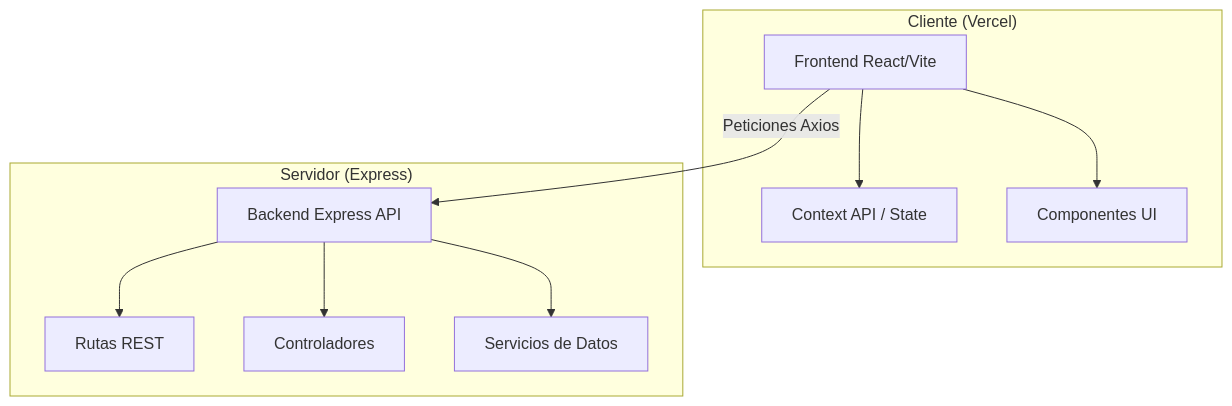
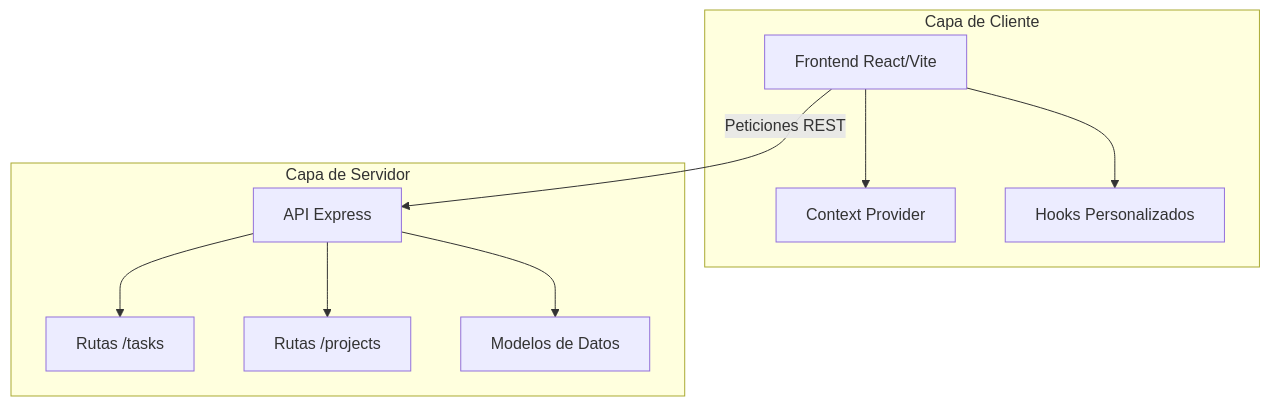
Before and after one commit to juliaht15/taskflow-project: the diagram in README.md, drawn with Mermaid. The commit also changed other lines of this file and 26 other files, not shown here.

`````diff
--- a/README.md
+++ b/README.md
@@ -54,13 +84,13 @@
 ```mermaid
 graph TD
-    A[Frontend React/Vite] -->|Peticiones Axios| B[Backend Express API]
-    subgraph "Cliente (Vercel)"
-    A --> D[Context API / State]
-    A --> E[Componentes UI]
+    A[Frontend React/Vite] -->|Peticiones REST| B[API Express]
+    subgraph "Capa de Cliente"
+        A --> C[Context Provider]
+        A --> D[Hooks Personalizados]
     end
-    subgraph "Servidor (Express)"
-    B --> G[Rutas REST]
-    B --> H[Controladores]
-    B --> I[Servicios de Datos]
+    subgraph "Capa de Servidor"
+        B --> E[Rutas /tasks]
+        B --> F[Rutas /projects]
+        B --> G[Modelos de Datos]
     end
-````
+```
`````
